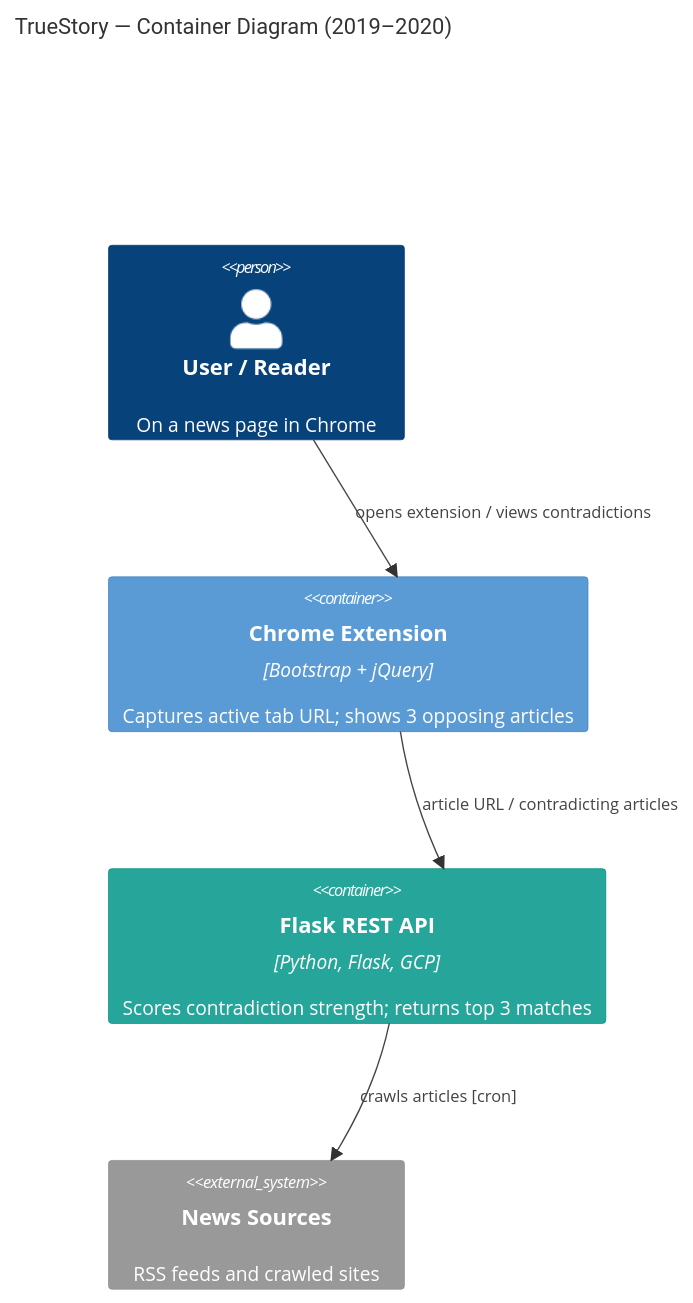
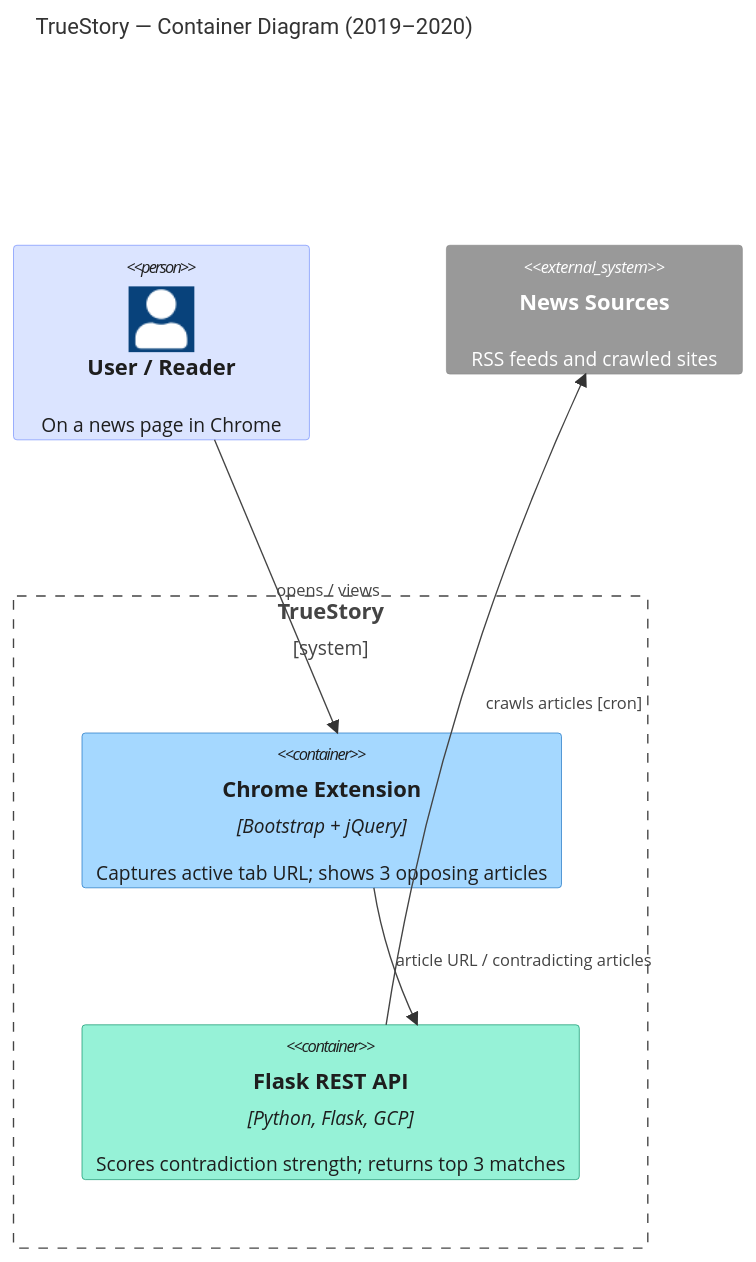
One commit to cmin764/portfolio changed the diagram in src/diagrams/truestory.md. Above: the diagram before and after it, drawn with Mermaid. The commit also changed 22 other files, not shown here.

First line of the commit message:
Add VONQ diagrams (and improve skill) (#2)

````diff
--- a/src/diagrams/truestory.md
+++ b/src/diagrams/truestory.md
@@ -3,19 +3,24 @@
 ```mermaid
 C4Container
   title TrueStory — Container Diagram (2019–2020)
 
   Person(user, "User / Reader", "On a news page in Chrome")
-  Container(ext, "Chrome Extension", "Bootstrap + jQuery", "Captures active tab URL; shows 3 opposing articles")
-  Container(api, "Flask REST API", "Python, Flask, GCP", "Scores contradiction strength; returns top 3 matches")
+
+  Boundary(truestory, "TrueStory", "system") {
+    Container(ext, "Chrome Extension", "Bootstrap + jQuery", "Captures active tab URL; shows 3 opposing articles")
+    Container(api, "Flask REST API", "Python, Flask, GCP", "Scores contradiction strength; returns top 3 matches")
+  }
+
   System_Ext(news, "News Sources", "RSS feeds and crawled sites")
 
-  Rel(user, ext, "opens extension / views contradictions")
+  Rel(user, ext, "opens / views")
   Rel(ext, api, "article URL / contradicting articles")
   %% api→news: dashed line + filled arrowhead in export (cron dependency, not async queue)
   Rel(api, news, "crawls articles [cron]")
 
-  UpdateElementStyle(ext, $fontColor="#FFFFFF", $bgColor="#5B9BD5", $borderColor="#3C7FC0")
-  UpdateElementStyle(api, $fontColor="#FFFFFF", $bgColor="#26A69A", $borderColor="#00897B")
+  UpdateElementStyle(user, $fontColor="#1e1e1e", $bgColor="#dbe4ff", $borderColor="#748ffc")
+  UpdateElementStyle(ext, $fontColor="#1e1e1e", $bgColor="#a5d8ff", $borderColor="#1971c2")
+  UpdateElementStyle(api, $fontColor="#1e1e1e", $bgColor="#96f2d7", $borderColor="#099268")
 
   UpdateLayoutConfig($c4ShapeInRow="2", $c4BoundaryInRow="1")
 ```
````
